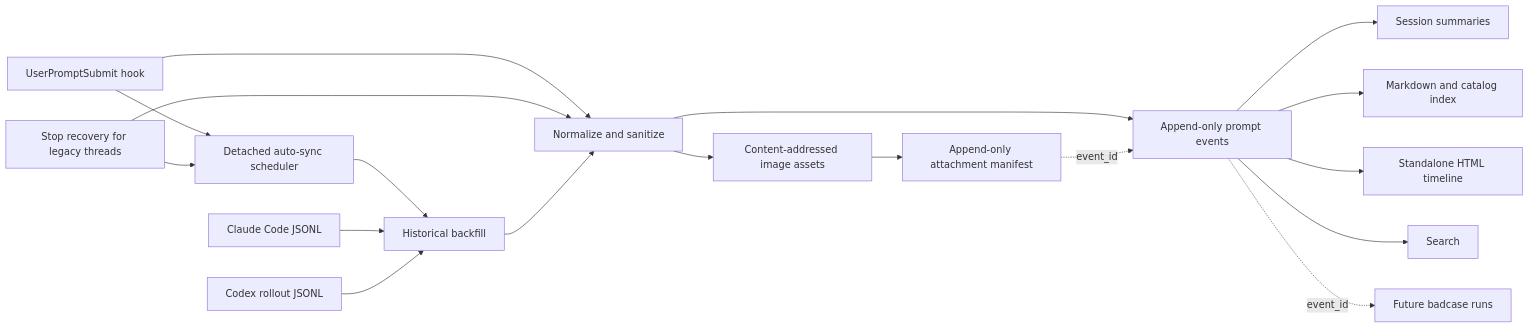
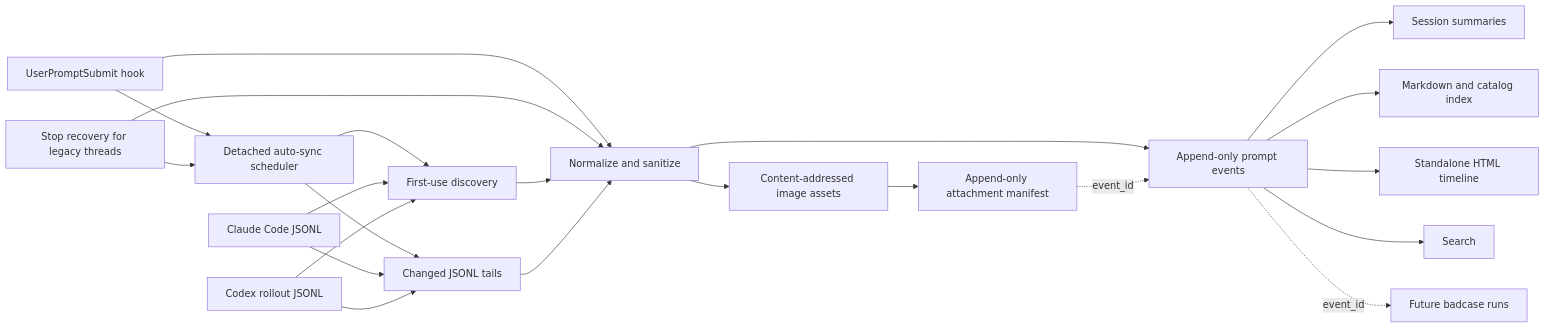
One commit to 24kchengYe/prompt-harness changed the diagram in references/architecture.md. Above: the diagram before and after it, drawn with Mermaid. The commit also changed other lines of this file and 10 other files, not shown here.

````diff
--- a/references/architecture.md
+++ b/references/architecture.md
@@ -3,20 +3,24 @@
 ```mermaid
 flowchart LR
   H["UserPromptSubmit hook"] --> N["Normalize and sanitize"]
   T["Stop recovery for legacy threads"] --> N
   H --> D["Detached auto-sync scheduler"]
   T --> D
-  D --> B
-  C["Claude Code JSONL"] --> B["Historical backfill"]
+  D --> B["First-use discovery"]
+  D --> J["Changed JSONL tails"]
+  C["Claude Code JSONL"] --> B
   X["Codex rollout JSONL"] --> B
+  C --> J
+  X --> J
   B --> N
+  J --> N
   N --> E["Append-only prompt events"]
   N --> A["Content-addressed image assets"]
   A --> L["Append-only attachment manifest"]
   L -. event_id .-> E
   E --> S["Session summaries"]
   E --> I["Markdown and catalog index"]
   E --> V["Standalone HTML timeline"]
   E --> Q["Search"]
   E -. event_id .-> R["Future badcase runs"]
 ```
````
